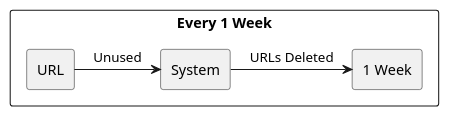
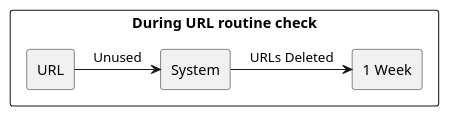
Before and after one commit to USI-MSDE-SA-2023/sa--edoriggio: the sixth of 11 diagrams in src/sa/model/index.md, drawn with PlantUML. The commit also changed other lines of this file, not shown here.

Commit message:
exercise 2 complete, please check

````diff
--- a/src/sa/model/index.md
+++ b/src/sa/model/index.md
@@ -279,20 +247,20 @@
 ```puml
 @startuml
 
 skinparam componentStyle rectangle
 skinparam monochrome true
 skinparam shadowing false
 
-rectangle "Every 1 Week" {
+rectangle "During URL routine check" {
 
 rectangle "URL" as Source
 rectangle "1 Week" as Measure
 
 Source -> [System] : "Unused"
 
 [System] -> [Measure] : "URLs Deleted"
 
 }
 
 @enduml
 ```
````
